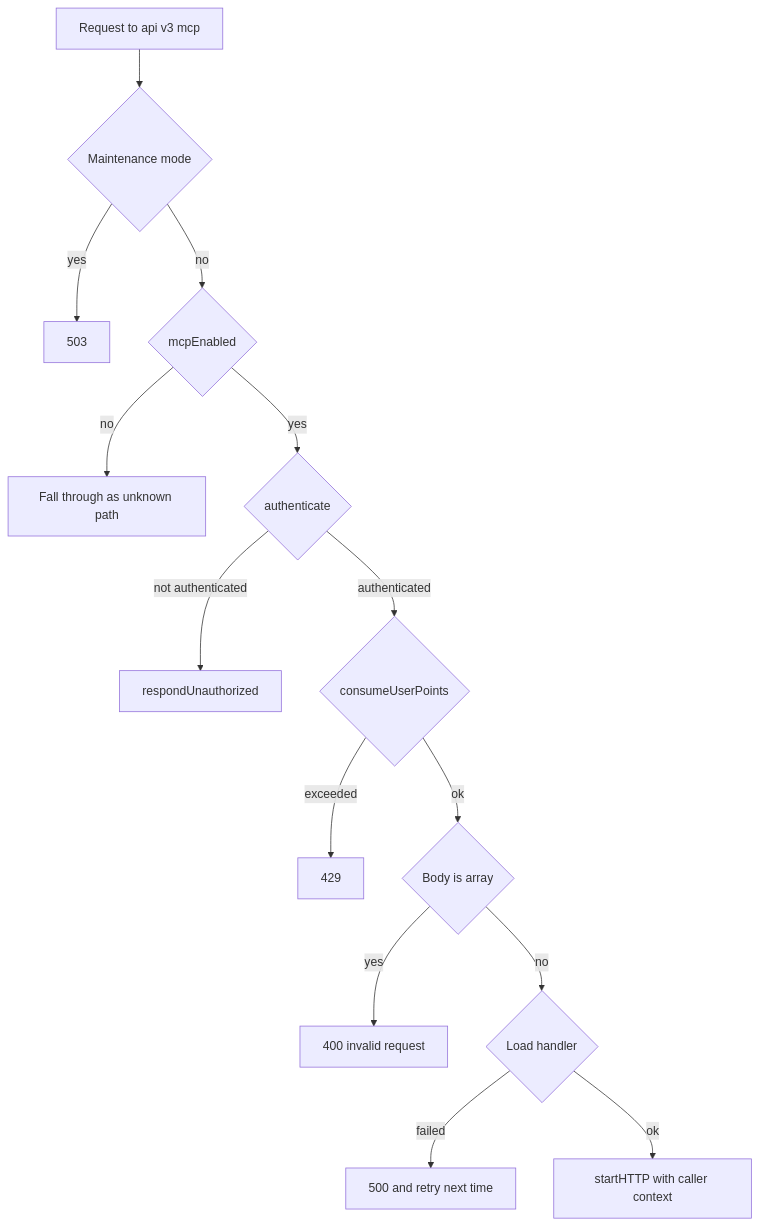
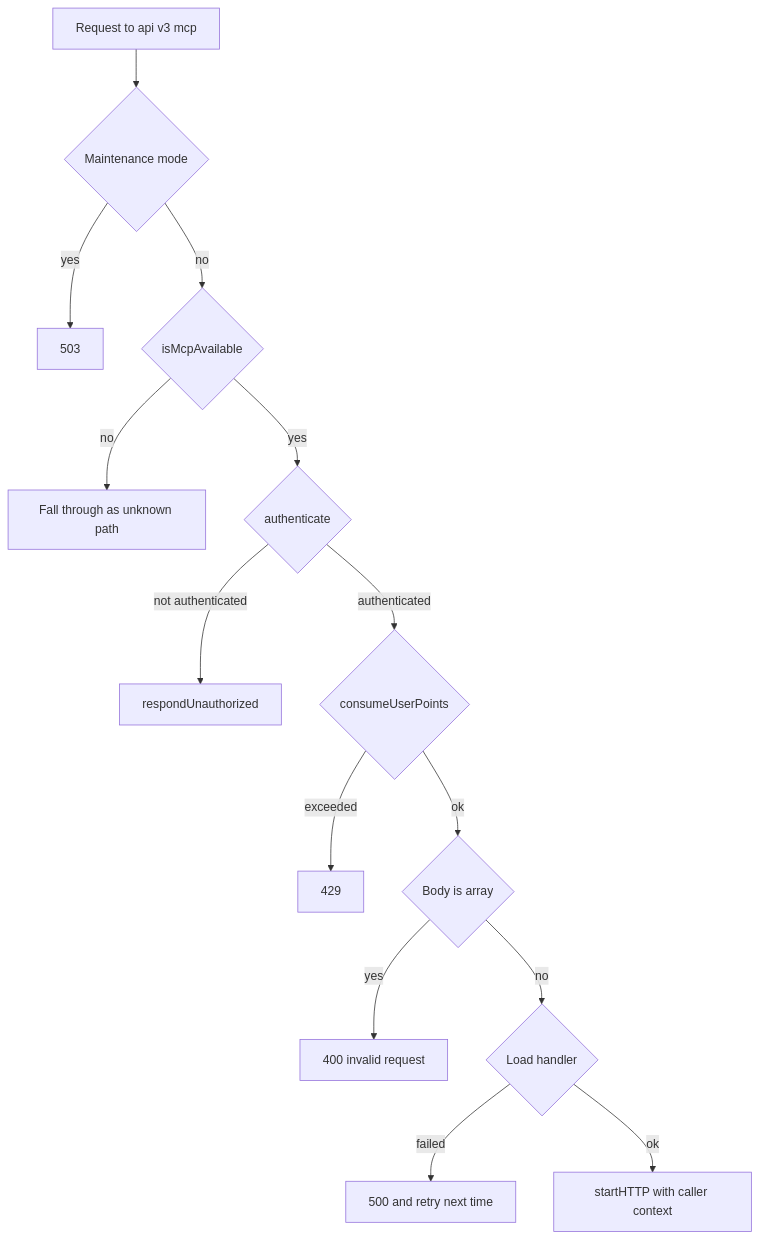
The second of 3 diagrams in .kiro/specs/remote-mcp-server-route/design.md (growilabs/growi), drawn with Mermaid before and after one commit. The commit also changed other lines of this file and 3 other files, not shown here.

````diff
--- a/.kiro/specs/remote-mcp-server-route/design.md
+++ b/.kiro/specs/remote-mcp-server-route/design.md
@@ -216,16 +218,16 @@
 ```mermaid
 flowchart TD
     Start[Request to api v3 mcp] --> Maint{Maintenance mode}
     Maint -->|yes| R503[503]
-    Maint -->|no| Enabled{mcpEnabled}
+    Maint -->|no| Enabled{isMcpAvailable}
     Enabled -->|no| Fall[Fall through as unknown path]
     Enabled -->|yes| AuthQ{authenticate}
     AuthQ -->|not authenticated| R401[respondUnauthorized]
     AuthQ -->|authenticated| Limit{consumeUserPoints}
     Limit -->|exceeded| R429[429]
     Limit -->|ok| Batch{Body is array}
     Batch -->|yes| R400[400 invalid request]
     Batch -->|no| Load{Load handler}
     Load -->|failed| R500[500 and retry next time]
     Load -->|ok| Dispatch[startHTTP with caller context]
 ```
````
